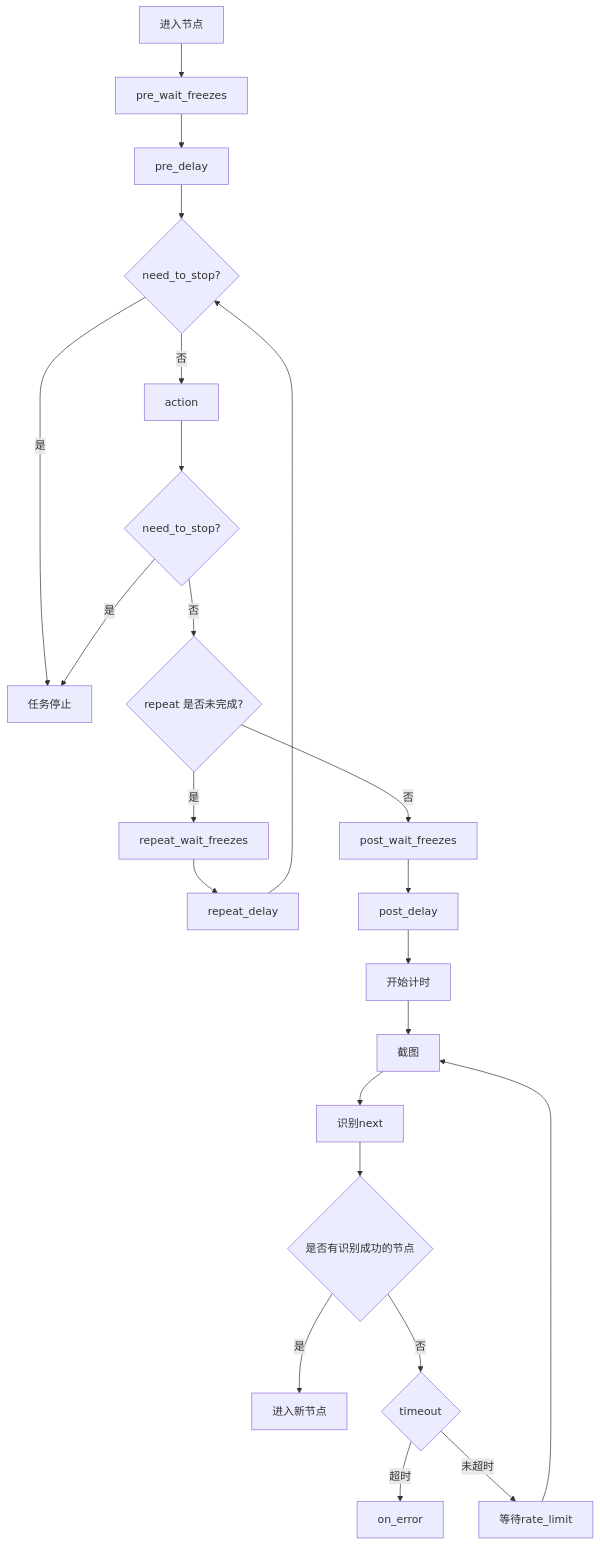
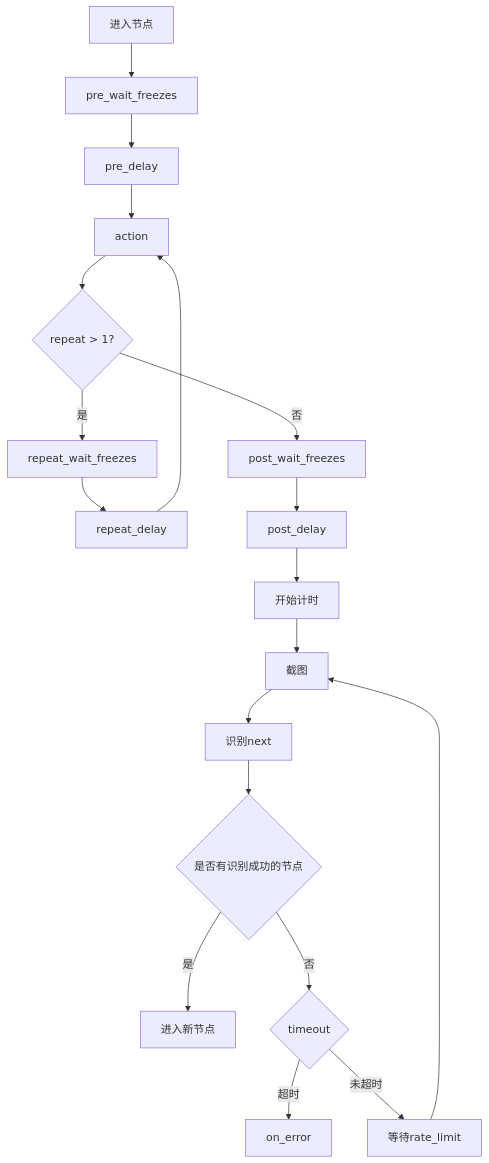
Before and after one commit to MaaXYZ/MaaFramework: the third of 4 diagrams in docs/zh_cn/3.1-任务流水线协议.md, drawn with Mermaid. The commit also changed other lines of this file and 1 other file, not shown here.

````diff
--- a/docs/zh_cn/3.1-任务流水线协议.md
+++ b/docs/zh_cn/3.1-任务流水线协议.md
@@ -306,25 +271,21 @@
 ```mermaid
     graph TB
         A[进入节点] --> B[pre_wait_freezes]
         B --> C[pre_delay]
-        C --> S0{need_to_stop?}
-        S0 -->|是| T[任务停止]
-        S0 -->|否| D[action]
-        D --> S{need_to_stop?}
-        S -->|是| T
-        S -->|否| M{repeat 是否未完成?}
+        C --> D[action]
+        D --> M{repeat > 1?}
         M -->|是| N[repeat_wait_freezes]
         N --> O[repeat_delay]
-        O --> S0
+        O --> D
         M -->|否| E[post_wait_freezes]
         E --> F[post_delay]
         F --> Q[开始计时]
         Q --> P[截图]
         P --> G[识别next]
         G --> H{是否有识别成功的节点}
         H -->|是| I[进入新节点]
         H -->|否| J{timeout}
         J -->|超时| K[on_error]
         J -->|未超时| L[等待rate_limit]
         L --> P
 ```
````
